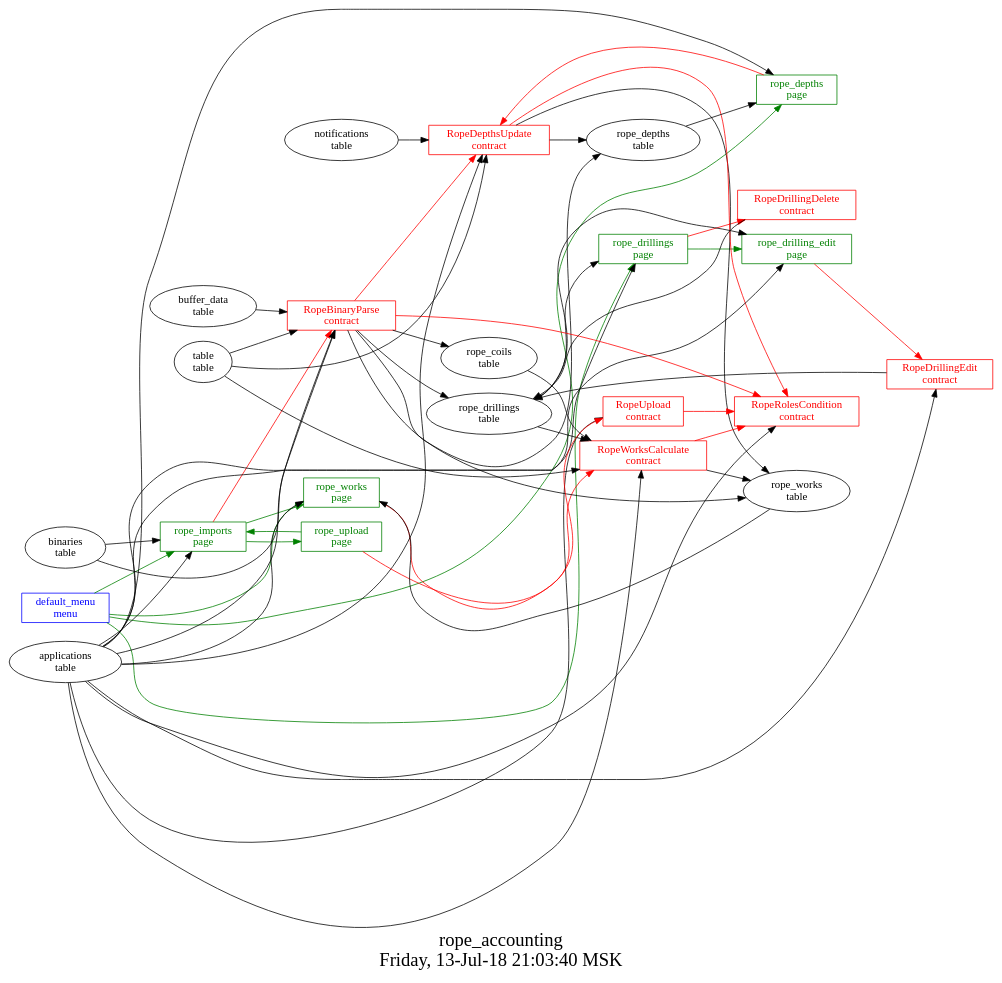
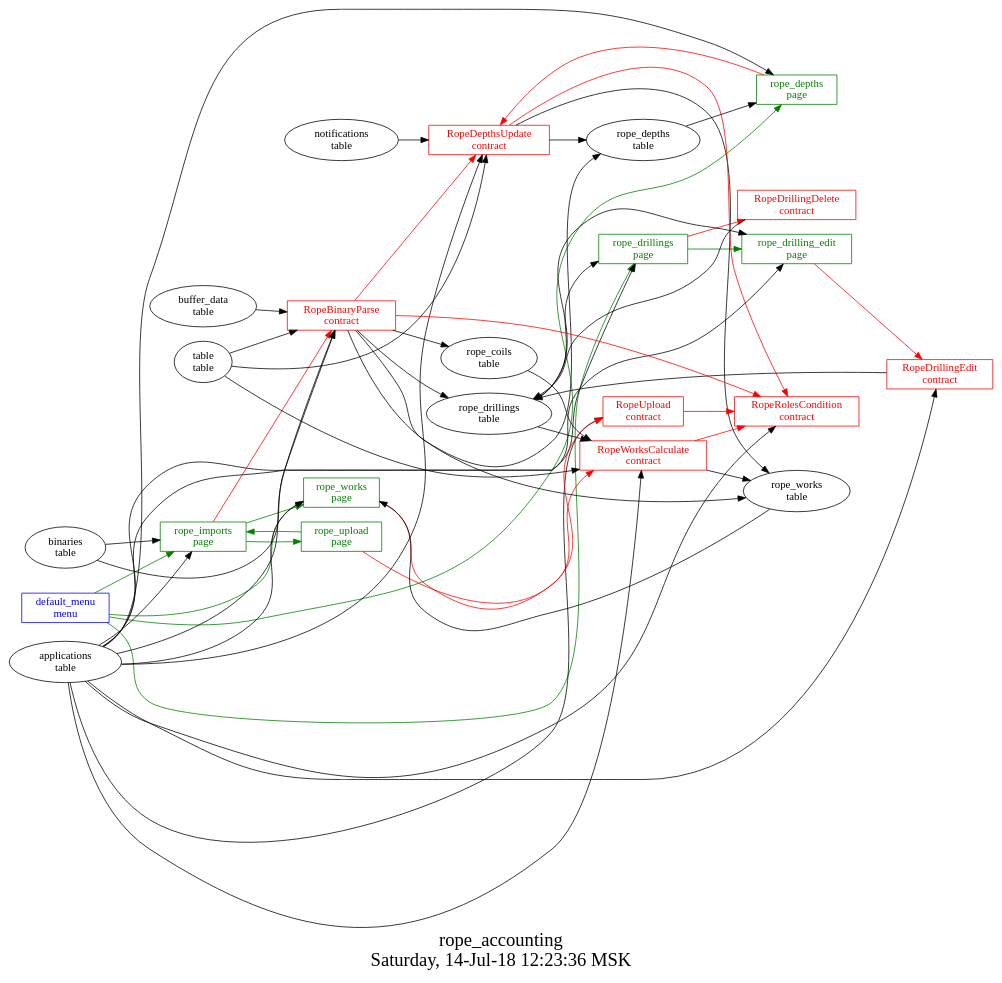
Before and after one commit to AplaProject/apps: the diagram in src/rope_accounting/struct.dot, drawn with Graphviz. The commit also changed 5 other files, not shown here.

```diff
--- a/src/rope_accounting/struct.dot
+++ b/src/rope_accounting/struct.dot
@@ -1,80 +1,80 @@
 digraph G {
 graph [
   fontsize="24";
-  label="rope_accounting\nFriday, 13-Jul-18 21:03:40 MSK";
+  label="rope_accounting\nSaturday, 14-Jul-18 12:23:36 MSK";
   nojustify=true;
   ordering=out;
   rankdir=LR;
   size="30";
 ];
 "default_menu\nmenu" -> "rope_imports\npage"  [ color=green ]
 "default_menu\nmenu" -> "rope_works\npage"  [ color=green ]
 "default_menu\nmenu" -> "rope_depths\npage"  [ color=green ]
 "default_menu\nmenu" -> "rope_drillings\npage"  [ color=green ]
 "default_menu\nmenu" [color=blue, fontcolor=blue, group=menus, shape=record];
 "rope_depths\npage" -> "RopeDepthsUpdate\ncontract"  [ color=red ]
 "applications\ntable" -> "rope_depths\npage"
 "rope_depths\ntable" -> "rope_depths\npage"
 "rope_depths\npage" [color=green, fontcolor=green, group=pages, shape=record];
 "rope_drilling_edit\npage" -> "RopeDrillingEdit\ncontract"  [ color=red ]
 "applications\ntable" -> "rope_drilling_edit\npage"
 "rope_drillings\ntable" -> "rope_drilling_edit\npage"
 "rope_drilling_edit\npage" [color=green, fontcolor=green, group=pages, shape=record];
 "rope_drillings\npage" -> "RopeDrillingDelete\ncontract"  [ color=red ]
 "applications\ntable" -> "rope_drillings\npage"
 "rope_drillings\ntable" -> "rope_drillings\npage"
 "rope_drillings\npage" -> "rope_drilling_edit\npage"  [ color=green ]
 "rope_drillings\npage" [color=green, fontcolor=green, group=pages, shape=record];
 "rope_imports\npage" -> "RopeBinaryParse\ncontract"  [ color=red ]
 "applications\ntable" -> "rope_imports\npage"
 "binaries\ntable" -> "rope_imports\npage"
 "rope_imports\npage" -> "rope_works\npage"  [ color=green ]
 "rope_imports\npage" -> "rope_upload\npage"  [ color=green ]
 "rope_imports\npage" [color=green, fontcolor=green, group=pages, shape=record];
 "rope_upload\npage" -> "RopeUpload\ncontract"  [ color=red ]
 "rope_upload\npage" -> "rope_imports\npage"  [ color=green ]
 "rope_upload\npage" [color=green, fontcolor=green, group=pages, shape=record];
 "rope_works\npage" -> "RopeWorksCalculate\ncontract"  [ color=red ]
 "applications\ntable" -> "rope_works\npage"
 "rope_works\ntable" -> "rope_works\npage"
 "rope_works\npage" [color=green, fontcolor=green, group=pages, shape=record];
 "RopeBinaryParse\ncontract" -> "RopeDepthsUpdate\ncontract"  [ color=red ]
 "RopeBinaryParse\ncontract" -> "RopeRolesCondition\ncontract"  [ color=red ]
 "RopeBinaryParse\ncontract" -> "rope_coils\ntable"  [ color="" ]
 "RopeBinaryParse\ncontract" -> "rope_drillings\ntable"  [ color="" ]
 "RopeBinaryParse\ncontract" -> "rope_works\ntable"  [ color="" ]
 "RopeBinaryParse\ncontract" -> "rope_depths\ntable"  [ color="" ]
 "table\ntable" -> "RopeBinaryParse\ncontract"
 "buffer_data\ntable" -> "RopeBinaryParse\ncontract"
 "binaries\ntable" -> "RopeBinaryParse\ncontract"
 "applications\ntable" -> "RopeBinaryParse\ncontract"
 "RopeBinaryParse\ncontract" [color=red, fontcolor=red, group=contracts, shape=record];
 "RopeDepthsUpdate\ncontract" -> "RopeRolesCondition\ncontract"  [ color=red ]
 "RopeDepthsUpdate\ncontract" -> "rope_works\ntable"  [ color="" ]
 "RopeDepthsUpdate\ncontract" -> "rope_depths\ntable"  [ color="" ]
 "table\ntable" -> "RopeDepthsUpdate\ncontract"
 "notifications\ntable" -> "RopeDepthsUpdate\ncontract"
 "applications\ntable" -> "RopeDepthsUpdate\ncontract"
 "RopeDepthsUpdate\ncontract" [color=red, fontcolor=red, group=contracts, shape=record];
 "RopeDrillingDelete\ncontract" -> "rope_drillings\ntable"  [ color="" ]
 "RopeDrillingDelete\ncontract" [color=red, fontcolor=red, group=contracts, shape=record];
 "RopeDrillingEdit\ncontract" -> "rope_drillings\ntable"  [ color="" ]
 "applications\ntable" -> "RopeDrillingEdit\ncontract"
 "RopeDrillingEdit\ncontract" [color=red, fontcolor=red, group=contracts, shape=record];
 "applications\ntable" -> "RopeRolesCondition\ncontract"
 "RopeRolesCondition\ncontract" [color=red, fontcolor=red, group=contracts, shape=record];
 "RopeUpload\ncontract" -> "RopeRolesCondition\ncontract"  [ color=red ]
 "applications\ntable" -> "RopeUpload\ncontract"
 "RopeUpload\ncontract" [color=red, fontcolor=red, group=contracts, shape=record];
 "RopeWorksCalculate\ncontract" -> "RopeRolesCondition\ncontract"  [ color=red ]
 "RopeWorksCalculate\ncontract" -> "rope_works\ntable"  [ color="" ]
 "table\ntable" -> "RopeWorksCalculate\ncontract"
 "applications\ntable" -> "RopeWorksCalculate\ncontract"
 "rope_coils\ntable" -> "RopeWorksCalculate\ncontract"
 "rope_drillings\ntable" -> "RopeWorksCalculate\ncontract"
 "RopeWorksCalculate\ncontract" [color=red, fontcolor=red, group=contracts, shape=record];
 "rope_coils\ntable" [color="", fontcolor="", group=tables, shape=""];
 "rope_depths\ntable" [color="", fontcolor="", group=tables, shape=""];
 "rope_drillings\ntable" [color="", fontcolor="", group=tables, shape=""];
 "rope_works\ntable" [color="", fontcolor="", group=tables, shape=""];
 }
```
